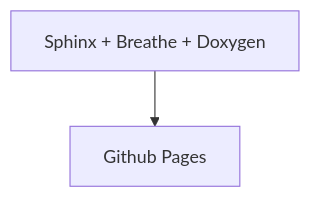
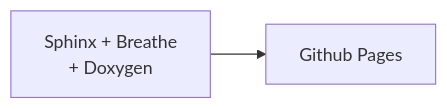
Before and after one commit to MSTRocketDesignTeam/SRAD-Flight-Computer: the first of 2 diagrams in README.md, drawn with Mermaid. The commit also changed other lines of this file, not shown here.

````diff
--- a/README.md
+++ b/README.md
@@ -17,4 +20,4 @@
 ```mermaid
-flowchart TD
-1["Sphinx + Breathe + Doxygen"] --> 2["Github Pages"]
+flowchart LR
+1["Sphinx + Breathe\n+ Doxygen"] --> 2["Github Pages"]
 ```
````
